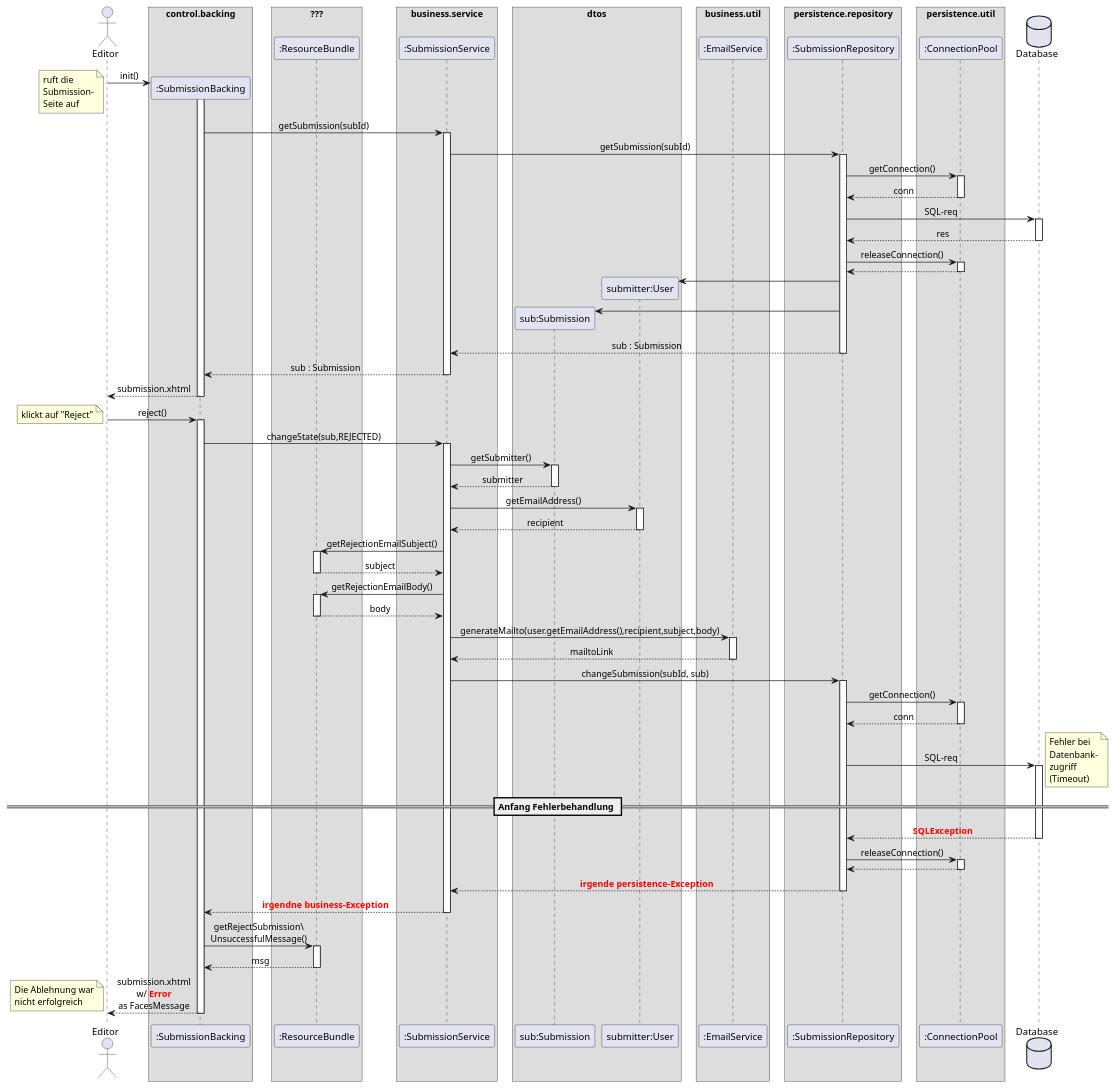
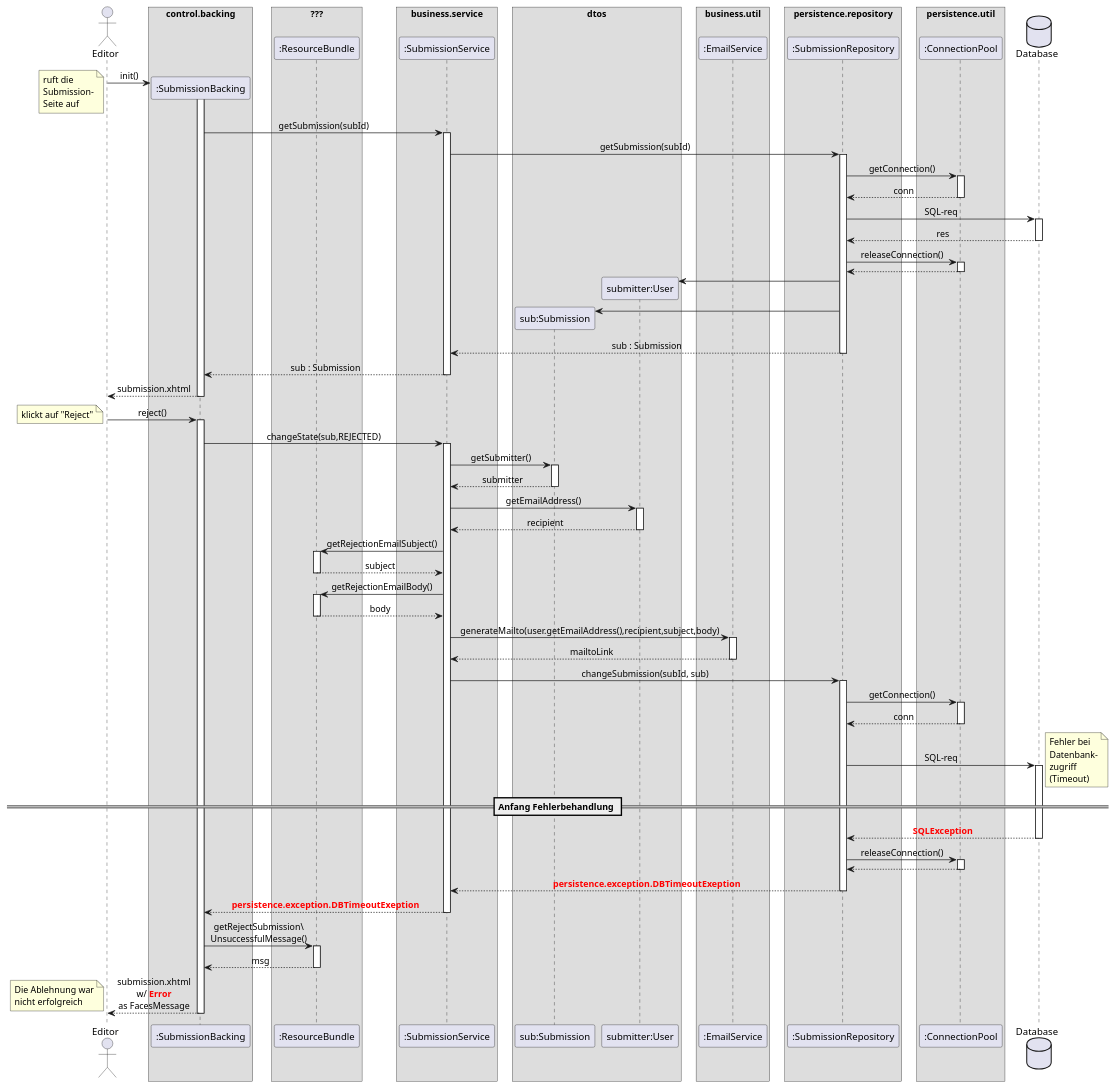
The diagram in docs/Entwurf/puml/reject_submission.puml (guersterst/LasEs), drawn with PlantUML before and after one commit. The commit also changed 2 other files, not shown here.

Commit message:
real exception name

```diff
--- a/docs/Entwurf/puml/reject_submission.puml
+++ b/docs/Entwurf/puml/reject_submission.puml
@@ -1,122 +1,122 @@
 @startuml
 'https://plantuml.com/sequence-diagram
 
 '!theme aws-orange
 skinparam sequenceMessageAlign center
 skinparam BoxPadding 10
 'autonumber
 'autoactivate on
 
 actor Editor as editor
 box "control.backing"
     participant ":SubmissionBacking" as subBacking
 end box
 box "???"
     participant ":ResourceBundle" as rscBundle
 end box
 box "business.service"
     participant ":SubmissionService" as subService
 end box
 box "dtos"
     participant "sub:Submission" as sub
     participant "submitter:User" as submitter
 end box
 box "business.util"
 participant ":EmailService" as emailService
 end box
 box persistence.repository
     participant ":SubmissionRepository" as subRepo
 end box
 box persistence.util
     participant ":ConnectionPool" as connPool
 end box
 database "Database" as db
 
 editor -> subBacking ** : init()
 note left
     ruft die
     Submission-
     Seite auf
 end note
 activate subBacking
         subBacking -> subService : getSubmission(subId)
         activate subService
             subService -> subRepo : getSubmission(subId)
             activate subRepo
                 subRepo -> connPool : getConnection()
                 activate connPool
                 return conn
                 subRepo -> db : SQL-req
                 activate db
                 return res
                 subRepo -> connPool : releaseConnection()
                     activate connPool
                     return
                 create submitter
                 subRepo -> submitter
                 create sub
                 subRepo -> sub
             return sub : Submission
         return sub : Submission
 return submission.xhtml
 
 editor -> subBacking : reject()
 note left
     klickt auf "Reject"
 end note
 activate subBacking
     subBacking -> subService : changeState(sub,REJECTED)
     activate subService
         subService -> sub : getSubmitter()
         activate sub
         return submitter
 '        subService -> sub : getAuthors()
 '        activate sub
 '        return addrs
         subService -> submitter : getEmailAddress()
         activate submitter
         return recipient
         subService -> rscBundle : getRejectionEmailSubject()
         activate rscBundle
         return subject
         subService -> rscBundle : getRejectionEmailBody()
         activate rscBundle
         return body
 
         subService -> emailService : generateMailto(user.getEmailAddress(),recipient,subject,body)
         activate emailService
         return mailtoLink
 
         subService -> subRepo : changeSubmission(subId, sub)
         activate subRepo
             subRepo -> connPool : getConnection()
             activate connPool
             return conn
             subRepo -> db : SQL-req
             activate db
             note right
                 Fehler bei
                 Datenbank-
                 zugriff
                 (Timeout)
             end note
 == Anfang Fehlerbehandlung ==
             return <font color=red><b>SQLException
             subRepo -> connPool : releaseConnection()
             activate connPool
             return
-        return <font color=red><b>irgende persistence-Exception
-    return <font color=red><b>irgendne business-Exception
+        return <font color=red><b>persistence.exception.DBTimeoutExeption
+    return <font color=red><b>persistence.exception.DBTimeoutExeption
 
     subBacking -> rscBundle : getRejectSubmission\\\nUnsuccessfulMessage()
     activate rscBundle
     return msg
 
 return submission.xhtml\nw/ <font color=red><b>Error</b></font>\nas FacesMessage
 note left
 Die Ablehnung war
 nicht erfolgreich
 end note
 
 
 @enduml
```
